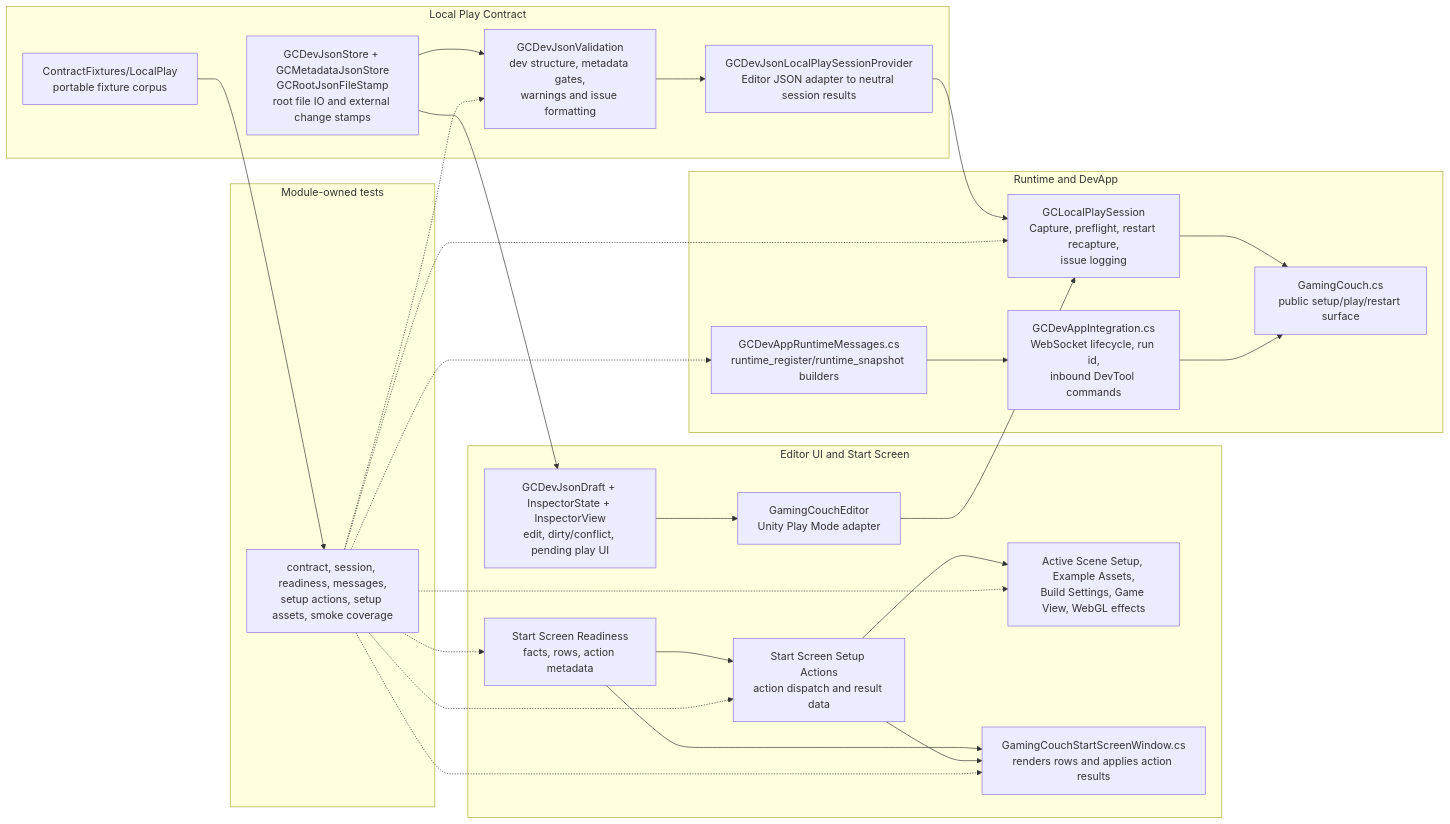
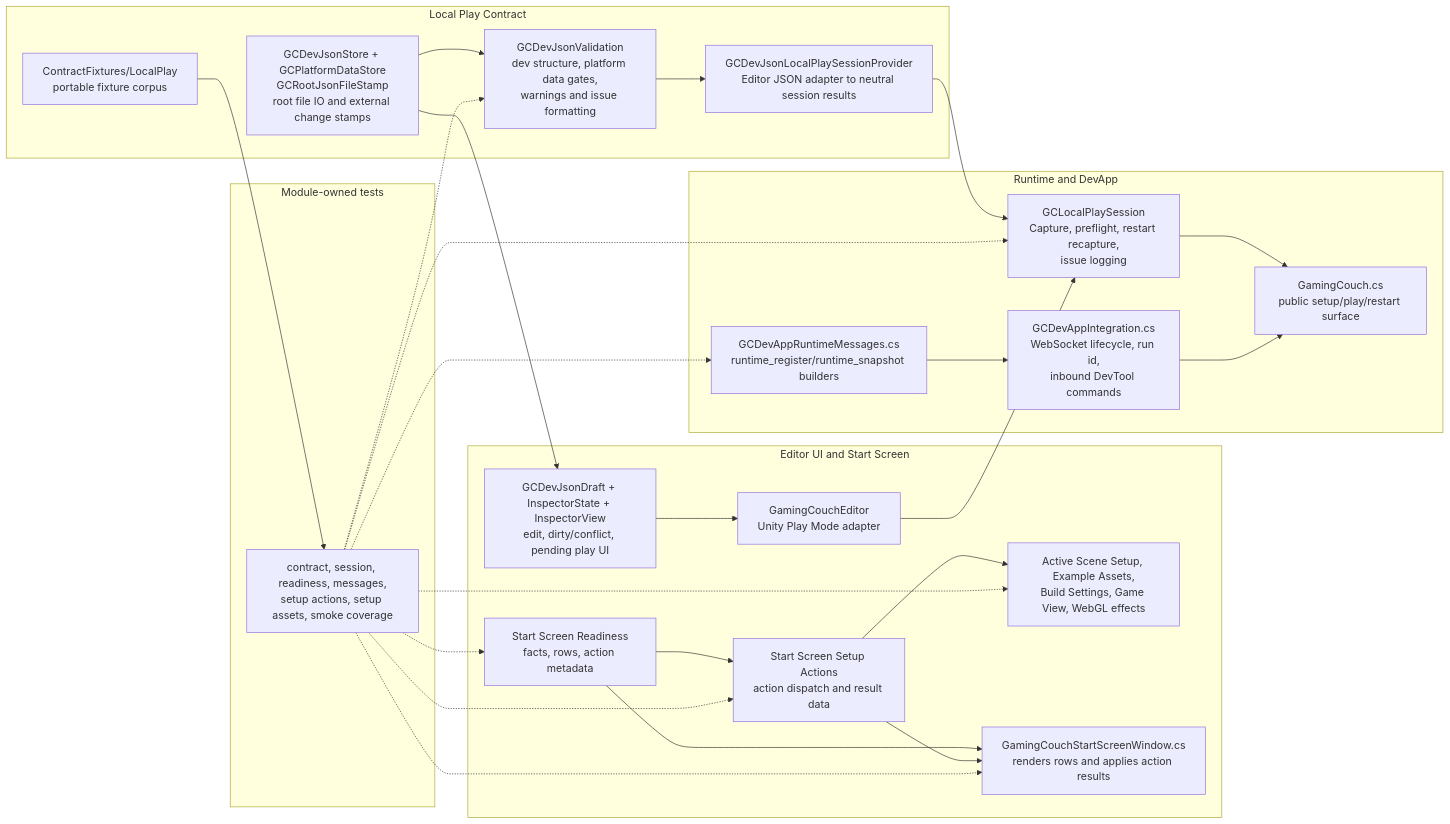
The second of 2 diagrams in docs/architecture/gamingcouch-unity-package-architecture-then-now.md (deadsetbit/gaming-couch-unity), drawn with Mermaid before and after one commit. The commit also changed other lines of this file and 45 other files, not shown here.

Commit message:
unity: rename local platform data file

````diff
--- a/docs/architecture/gamingcouch-unity-package-architecture-then-now.md
+++ b/docs/architecture/gamingcouch-unity-package-architecture-then-now.md
@@ -52,54 +52,54 @@
 ```mermaid
 flowchart LR
   subgraph Contract["Local Play Contract"]
-    Stores["GCDevJsonStore + GCMetadataJsonStore<br/>GCRootJsonFileStamp<br/>root file IO and external change stamps"]
-    Validation["GCDevJsonValidation<br/>dev structure, metadata gates,<br/>warnings and issue formatting"]
+    Stores["GCDevJsonStore + GCPlatformDataStore<br/>GCRootJsonFileStamp<br/>root file IO and external change stamps"]
+    Validation["GCDevJsonValidation<br/>dev structure, platform data gates,<br/>warnings and issue formatting"]
     JsonAdapter["GCDevJsonLocalPlaySessionProvider<br/>Editor JSON adapter to neutral session results"]
     Fixtures["ContractFixtures/LocalPlay<br/>portable fixture corpus"]
   end
 
   subgraph EditorUi["Editor UI and Start Screen"]
     Inspector["GCDevJsonDraft + InspectorState + InspectorView<br/>edit, dirty/conflict, pending play UI"]
     EditorGate["GamingCouchEditor<br/>Unity Play Mode adapter"]
     Readiness["Start Screen Readiness<br/>facts, rows, action metadata"]
     Actions["Start Screen Setup Actions<br/>action dispatch and result data"]
     SetupEffects["Active Scene Setup, Example Assets,<br/>Build Settings, Game View, WebGL effects"]
     Window["GamingCouchStartScreenWindow.cs<br/>renders rows and applies action results"]
   end
 
   subgraph RuntimeAndDevApp["Runtime and DevApp"]
     LocalSession["GCLocalPlaySession<br/>Capture, preflight, restart recapture,<br/>issue logging"]
     Game["GamingCouch.cs<br/>public setup/play/restart surface"]
     Messages["GCDevAppRuntimeMessages.cs<br/>runtime_register/runtime_snapshot builders"]
     Transport["GCDevAppIntegration.cs<br/>WebSocket lifecycle, run id,<br/>inbound DevTool commands"]
   end
 
   subgraph Tests["Module-owned tests"]
     TestSuites["contract, session, readiness, messages,<br/>setup actions, setup assets, smoke coverage"]
   end
 
   Stores --> Validation
   Validation --> JsonAdapter
   Stores --> Inspector
   Inspector --> EditorGate
   JsonAdapter --> LocalSession
   EditorGate --> LocalSession
   LocalSession --> Game
 
   Readiness --> Window
   Readiness --> Actions
   Actions --> SetupEffects
   Actions --> Window
 
   Messages --> Transport
   Transport --> Game
 
   Fixtures --> TestSuites
   TestSuites -.-> Validation
   TestSuites -.-> LocalSession
   TestSuites -.-> Readiness
   TestSuites -.-> Actions
   TestSuites -.-> SetupEffects
   TestSuites -.-> Messages
   TestSuites -.-> Window
 ```
````
